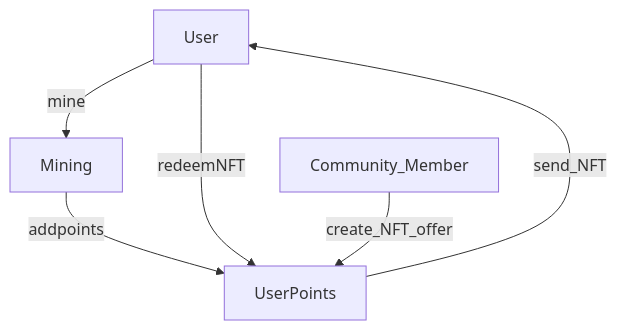
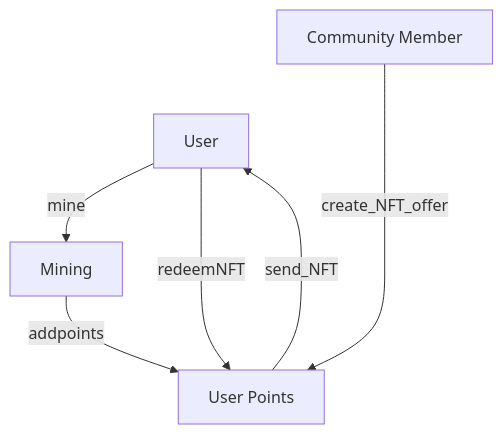
The first of 2 diagrams in docs/02- Antelope smart-contracts/02- alien worlds-smart-contracts/04- user-points.md (Alien-Worlds/docs), drawn with Mermaid before and after one commit. The commit also changed other lines of this file and 3 other files, not shown here.

````diff
--- a/docs/02- Antelope smart-contracts/02- alien worlds-smart-contracts/04- user-points.md
+++ b/docs/02- Antelope smart-contracts/02- alien worlds-smart-contracts/04- user-points.md
@@ -9,9 +9,12 @@
 ```mermaid
 graph TD;
-User--mine-->Mining--addpoints-->UserPoints
-User--redeemNFT-->UserPoints
-UserPoints--send_NFT-->User
+U[User] 
+M[Mining]
+P[User Points]
+C[Community Member]
 
-Community_Member--create_NFT_offer-->UserPoints
-
+U--mine-->M--addpoints-->P
+U--redeemNFT-->P
+P--send_NFT--->U
+C--create_NFT_offer---->P
 ```
````
